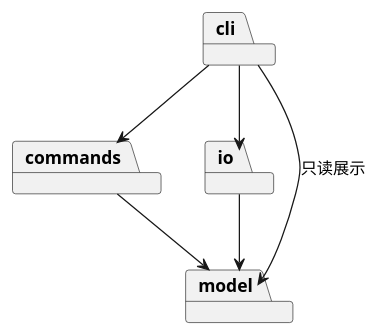
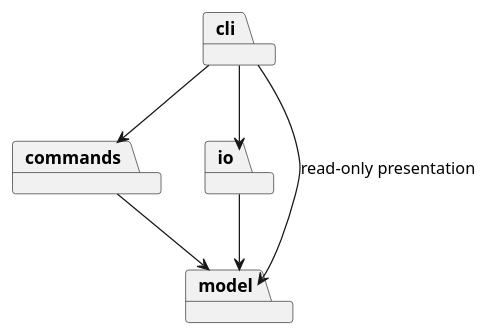
The diagram in doc/README.md (sunyanqi666/svg-editor-lab1), drawn with PlantUML before and after one commit. The commit also changed other lines of this file and 1 other file, not shown here.

````diff
--- a/doc/README.md
+++ b/doc/README.md
@@ -15,13 +82,13 @@
 ```plantuml
 @startuml
 package cli
 package commands
 package io
 package model
 cli --> commands
 cli --> io
-cli --> model : 只读展示
+cli --> model : read-only presentation
 commands --> model
 io --> model
 @enduml
 ```
````
